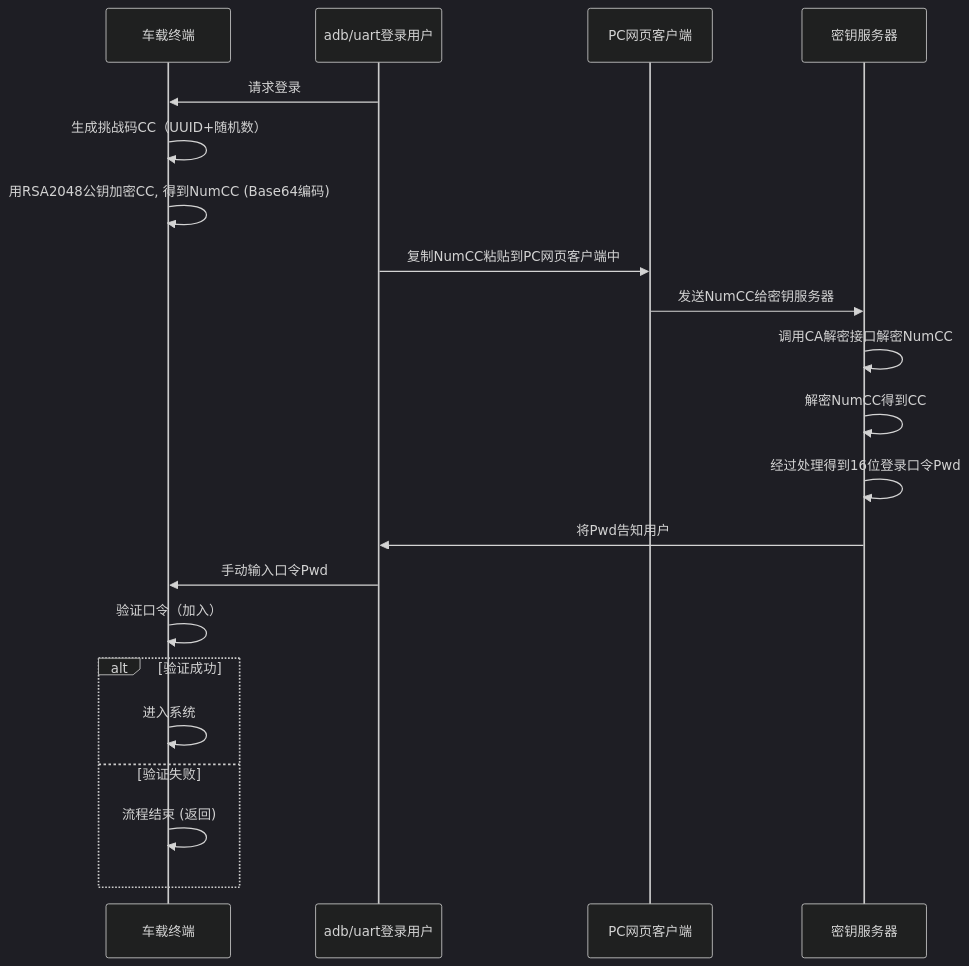
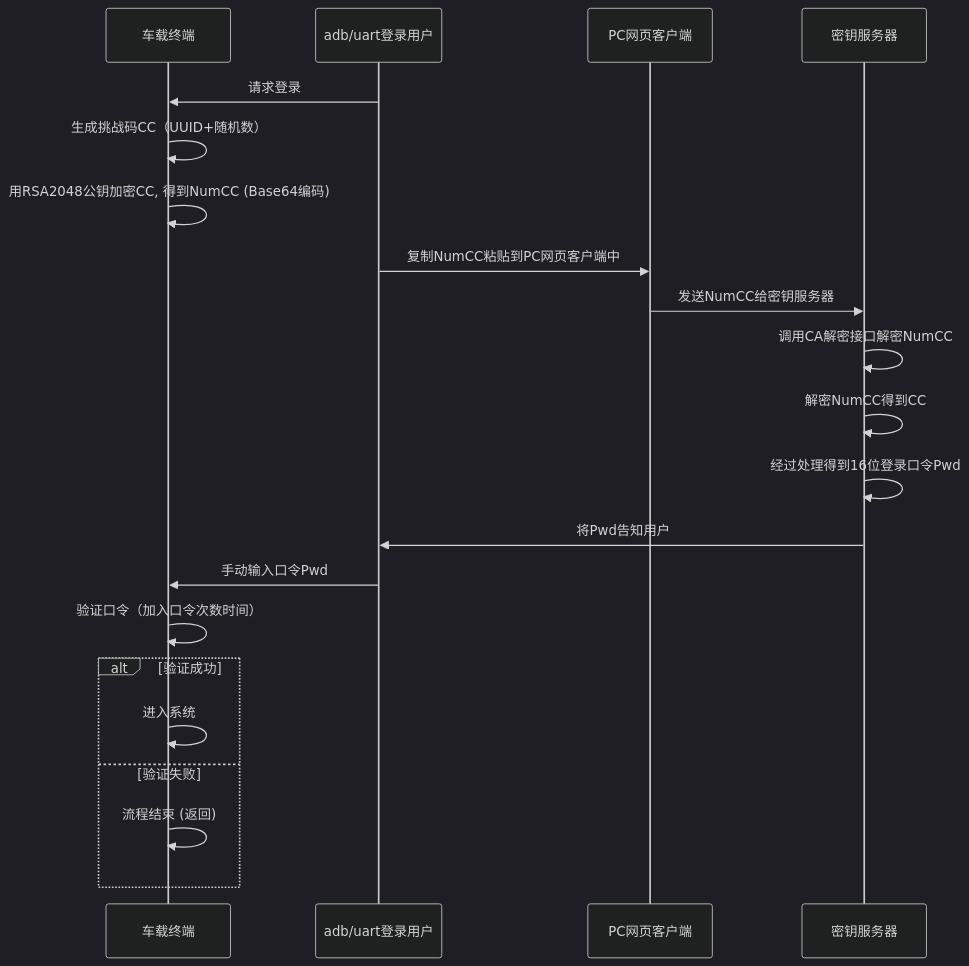
One commit to facebook-cloud/iodraw-files changed the diagram in all/未命名-14.md. Above: the diagram before and after it, drawn with Mermaid (dark theme).

Commit message:
2026-02-03 13:31:17 update

````diff
--- a/all/未命名-14.md
+++ b/all/未命名-14.md
@@ -1,27 +1,27 @@
 ```mermaid
 sequenceDiagram
     participant tbox as 车载终端
     participant user as adb/uart登录用户
     participant pc as PC网页客户端
     participant tech_center as 密钥服务器
   
 
     user->>tbox: 请求登录
     tbox->>tbox: 生成挑战码CC（UUID+随机数）
     tbox->>tbox: 用RSA2048公钥加密CC, 得到NumCC (Base64编码)
     user->>pc: 复制NumCC粘贴到PC网页客户端中
     pc->>tech_center: 发送NumCC给密钥服务器
     tech_center->>tech_center: 调用CA解密接口解密NumCC
     tech_center->>tech_center: 解密NumCC得到CC
     tech_center->>tech_center: 经过处理得到16位登录口令Pwd
     tech_center->>user: 将Pwd告知用户
     user->>tbox: 手动输入口令Pwd
-    tbox->>tbox: 验证口令（加入）
+    tbox->>tbox: 验证口令（加入口令次数时间）
     alt 验证成功
         tbox->>tbox: 进入系统
     else 验证失败
         tbox->>tbox: 流程结束 (返回)
     end
 
 
 ```
````
